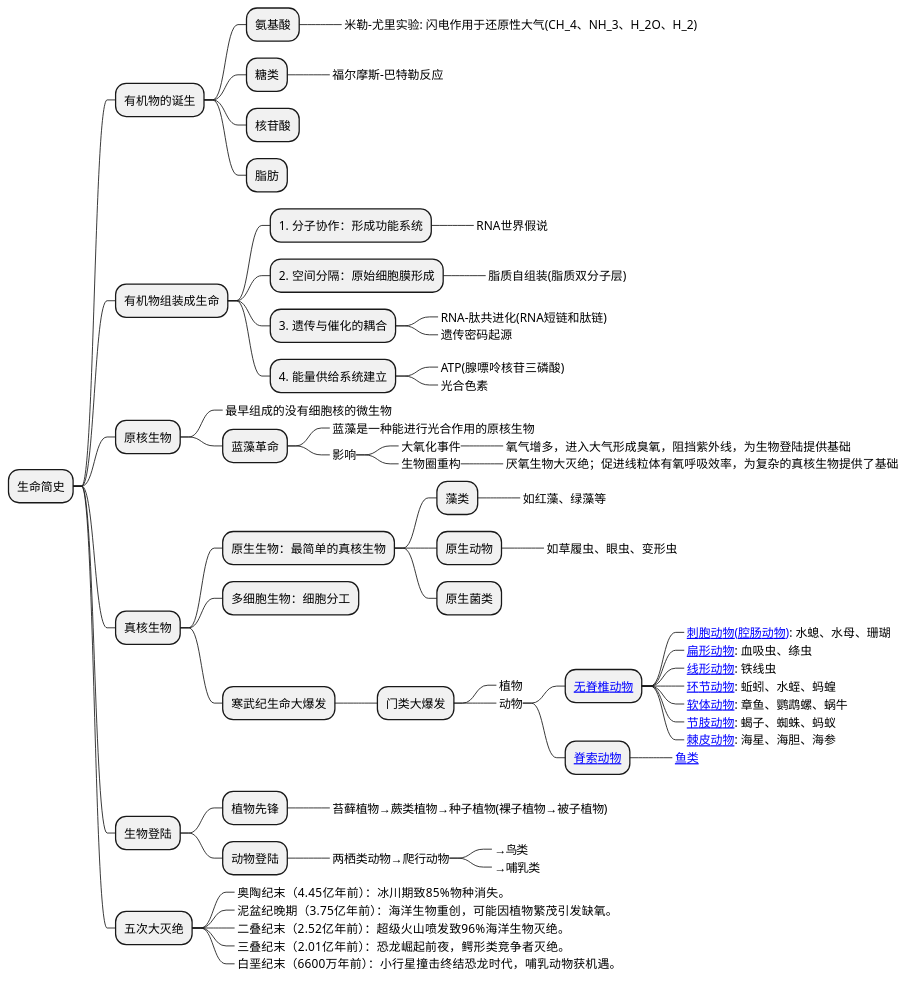
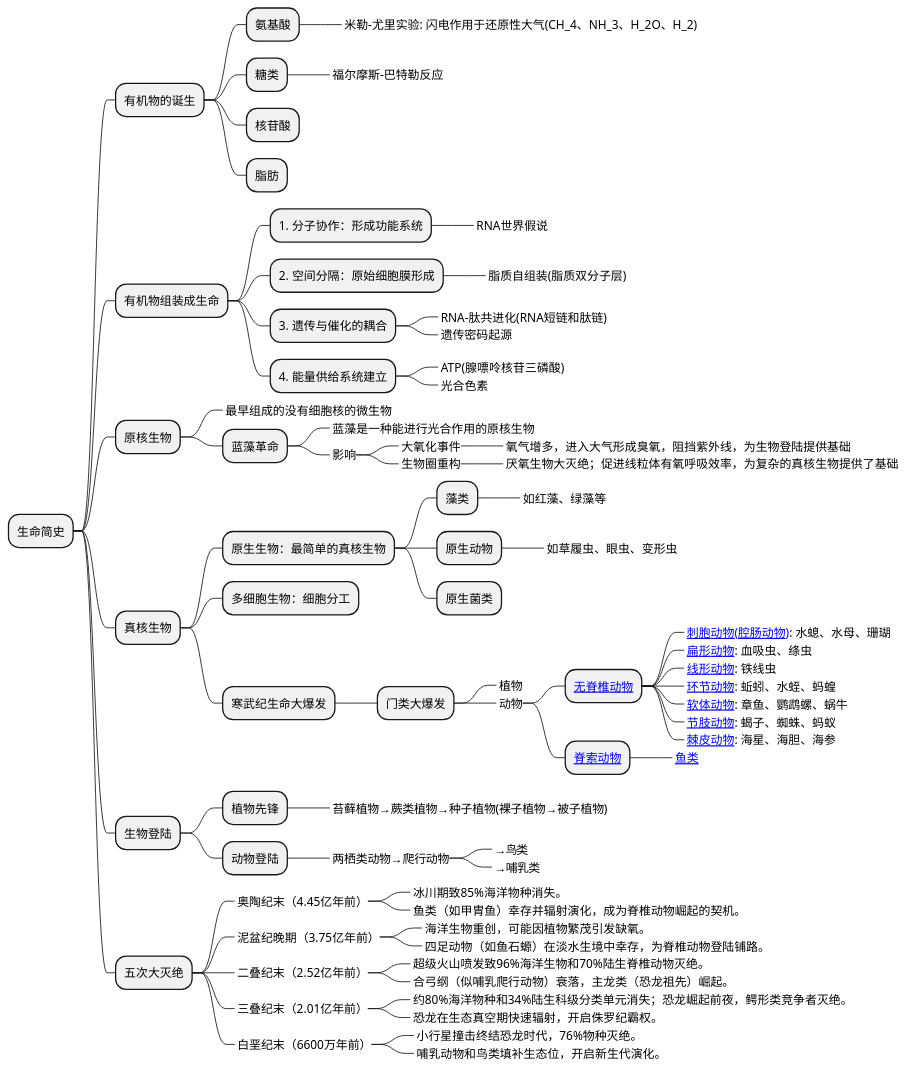
The diagram in source/_posts/history/life-history.md (holmofy/blog.hufeifei.cn), drawn with PlantUML before and after one commit.

````diff
--- a/source/_posts/history/life-history.md
+++ b/source/_posts/history/life-history.md
@@ -15,67 +15,77 @@
 ```plantuml
 @startmindmap
 + 生命简史
 ++ 有机物的诞生
 +++ 氨基酸
 ++++_ 米勒-尤里实验: 闪电作用于还原性大气(CH_4、NH_3、H_2O、H_2)
 +++ 糖类
 ++++_ 福尔摩斯-巴特勒反应
 +++ 核苷酸
 +++ 脂肪
 ++ 有机物组装成生命
 +++ 1. 分子协作：形成功能系统
 ++++_ RNA世界假说
 +++ 2. 空间分隔：原始细胞膜形成
 ++++_ 脂质自组装(脂质双分子层)
 +++ 3. 遗传与催化的耦合
 ++++_ RNA-肽共进化(RNA短链和肽链)
 ++++_ 遗传密码起源
 +++ 4. 能量供给系统建立
 ++++_ ATP(腺嘌呤核苷三磷酸)
 ++++_ 光合色素
 ++ 原核生物
 +++_ 最早组成的没有细胞核的微生物
 +++ 蓝藻革命
 ++++_ 蓝藻是一种能进行光合作用的原核生物
 ++++_ 影响
 +++++_ 大氧化事件
 ++++++_ 氧气增多，进入大气形成臭氧，阻挡紫外线，为生物登陆提供基础
 +++++_ 生物圈重构
 ++++++_ 厌氧生物大灭绝；促进线粒体有氧呼吸效率，为复杂的真核生物提供了基础
 ++ 真核生物
 +++ 原生生物：最简单的真核生物
 ++++ 藻类
 +++++_ 如红藻、绿藻等
 ++++ 原生动物
 +++++_ 如草履虫、眼虫、变形虫
 ++++ 原生菌类
 +++ 多细胞生物：细胞分工
 +++ 寒武纪生命大爆发
 ++++ 门类大爆发
 +++++_ 植物
 +++++_ 动物
 ++++++ [[https://baike.baidu.com/item/无脊椎动物/149803 无脊椎动物]]
 +++++++_ [[https://baike.baidu.com/item/刺胞动物门 刺胞动物(腔肠动物)]]: 水螅、水母、珊瑚
 +++++++_ [[https://baike.baidu.com/item/扁形动物门 扁形动物]]: 血吸虫、绦虫
 +++++++_ [[https://baike.baidu.com/item/线形动物门 线形动物]]: 铁线虫
 +++++++_ [[https://baike.baidu.com/item/环节动物 环节动物]]: 蚯蚓、水蛭、蚂蝗
 +++++++_ [[https://baike.baidu.com/item/软体动物 软体动物]]: 章鱼、鹦鹉螺、蜗牛
 +++++++_ [[https://baike.baidu.com/item/节肢动物门 节肢动物]]: 蝎子、蜘蛛、蚂蚁
 +++++++_ [[https://baike.baidu.com/item/棘皮动物门 棘皮动物]]: 海星、海胆、海参
 ++++++ [[https://baike.baidu.com/item/脊索动物门 脊索动物]]
 +++++++_ [[https://baike.baidu.com/item/鱼类/524517 鱼类]]
 ++ 生物登陆
 +++ 植物先锋
 ++++_ 苔藓植物→蕨类植物→种子植物(裸子植物→被子植物)
 +++ 动物登陆
 ++++_ 两栖类动物→爬行动物
 +++++_ →鸟类
 +++++_ →哺乳类
 ++ 五次大灭绝
-+++_ 奥陶纪末（4.45亿年前）：冰川期致85%物种消失。
-+++_ 泥盆纪晚期（3.75亿年前）：海洋生物重创，可能因植物繁茂引发缺氧。
-+++_ 二叠纪末（2.52亿年前）：超级火山喷发致96%海洋生物灭绝。
-+++_ 三叠纪末（2.01亿年前）：恐龙崛起前夜，鳄形类竞争者灭绝。
-+++_ 白垩纪末（6600万年前）：小行星撞击终结恐龙时代，哺乳动物获机遇。
++++_ 奥陶纪末（4.45亿年前）
+++++_ 冰川期致85%海洋物种消失。
+++++_ 鱼类（如甲胄鱼）幸存并辐射演化，成为脊椎动物崛起的契机。
++++_ 泥盆纪晚期（3.75亿年前）
+++++_ 海洋生物重创，可能因植物繁茂引发缺氧。
+++++_ 四足动物（如鱼石螈）在淡水生境中幸存，为脊椎动物登陆铺路。
++++_ 二叠纪末（2.52亿年前）
+++++_ 超级火山喷发致96%海洋生物和70%陆生脊椎动物灭绝。
+++++_ 合弓纲（似哺乳爬行动物）衰落，主龙类（恐龙祖先）崛起。
++++_ 三叠纪末（2.01亿年前）
+++++_ 约80%海洋物种和34%陆生科级分类单元消失；恐龙崛起前夜，鳄形类竞争者灭绝。
+++++_ 恐龙在生态真空期快速辐射，开启侏罗纪霸权。
++++_ 白垩纪末（6600万年前）
+++++_ 小行星撞击终结恐龙时代，76%物种灭绝。
+++++_ 哺乳动物和鸟类填补生态位，开启新生代演化。
 @endmindmap
 ```
````
